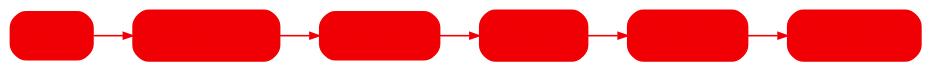
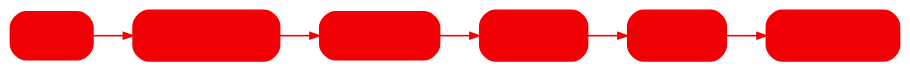
The diagram in diagrams/02-bootstrap.dot (coralstay/coralstay-software-factory), drawn with Graphviz before and after one commit. The commit also changed 10 other files, not shown here.

First line of the commit message:
claude-rails 언급을 interlock으로 변경

```diff
--- a/diagrams/02-bootstrap.dot
+++ b/diagrams/02-bootstrap.dot
@@ -1,14 +1,14 @@
 digraph bootstrap {
   bgcolor="transparent"; rankdir=LR; nodesep=0.3; ranksep=0.42;
   node [shape=box, style="filled,rounded", fillcolor="#f00004", color="#f00003",
         fontcolor="#f00001", fontname="Helvetica", fontsize=11, margin="0.18,0.10", penwidth=1.1];
   edge [color="#f00006", arrowsize=0.7, penwidth=1.2];
 
   A1 [label="git init"];
   A2 [label="backlog.md CLI\nnpm i -g"];
   A3 [label="backlog init"];
   A4 [label="git-format\n설치"];
-  A5 [label="claude-rails\n설치"];
+  A5 [label="interlock\n설치"];
   A6 [label="langtoolchain\n설치"];
   A1 -> A2 -> A3 -> A4 -> A5 -> A6;
 }
```
